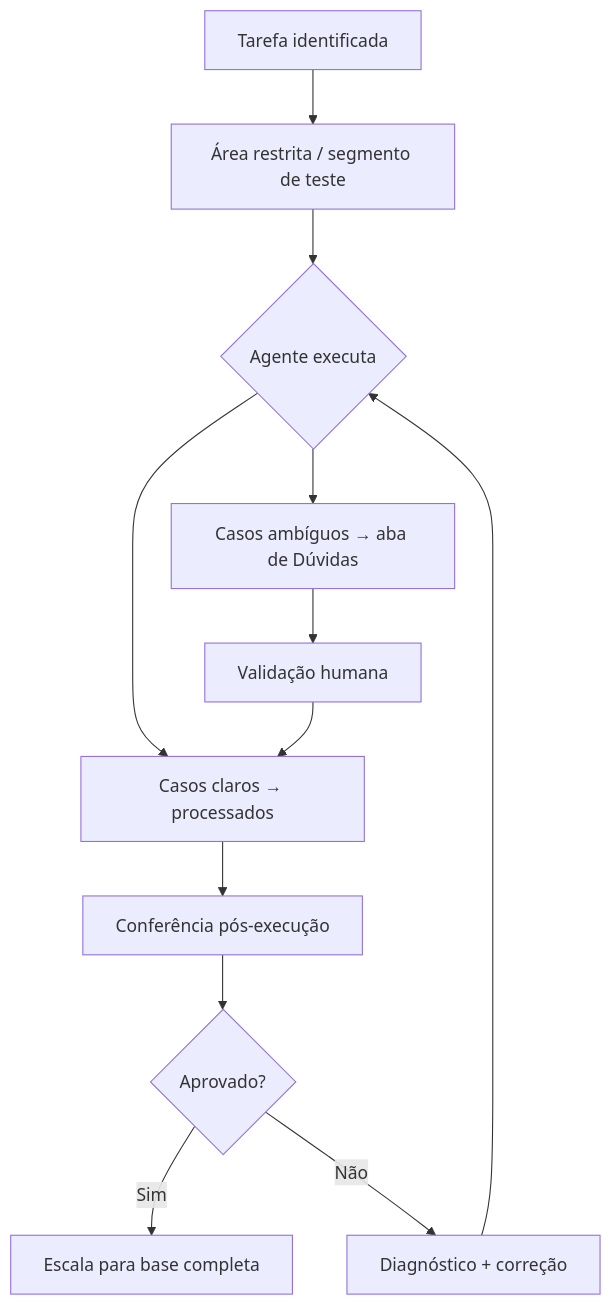
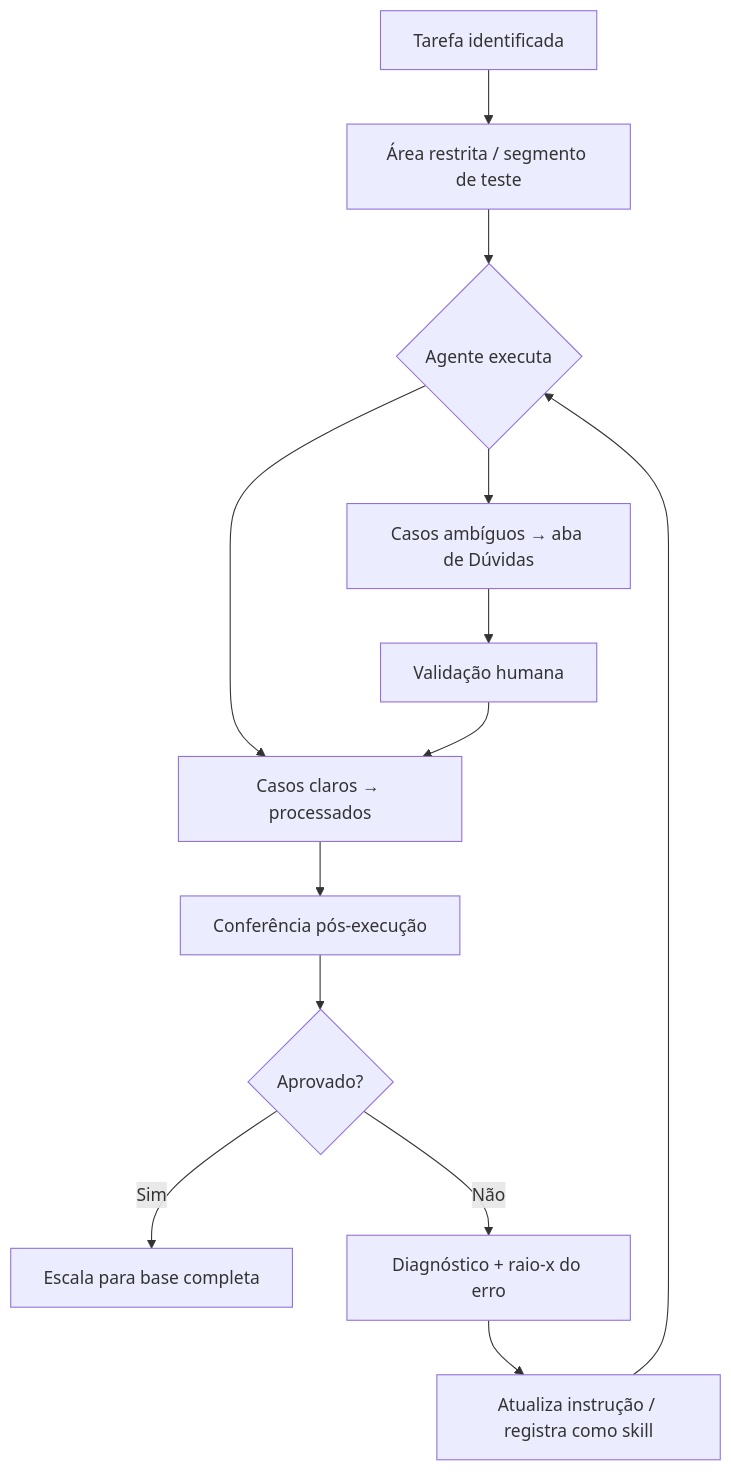
The diagram in cases/01-agentes-ia-crm-humano-no-loop.md (YasLoopes/ai-automation-portfolio), drawn with Mermaid before and after one commit. The commit also changed other lines of this file and 1 other file, not shown here.

Commit message:
Atualiza README (demo no quadro, remove SANITIZACAO ref) e Case 01 (raio-x de erros)

````diff
--- a/cases/01-agentes-ia-crm-humano-no-loop.md
+++ b/cases/01-agentes-ia-crm-humano-no-loop.md
@@ -21,14 +21,15 @@
 ```mermaid
 flowchart TD
     A[Tarefa identificada] --> B[Área restrita / segmento de teste]
     B --> C{Agente executa}
     C --> D[Casos claros → processados]
     C --> E[Casos ambíguos → aba de Dúvidas]
     E --> F[Validação humana]
     F --> D
     D --> G[Conferência pós-execução]
     G --> H{Aprovado?}
     H -->|Sim| I[Escala para base completa]
-    H -->|Não| J[Diagnóstico + correção]
-    J --> C
+    H -->|Não| J[Diagnóstico + raio-x do erro]
+    J --> K[Atualiza instrução / registra como skill]
+    K --> C
 ```
````
